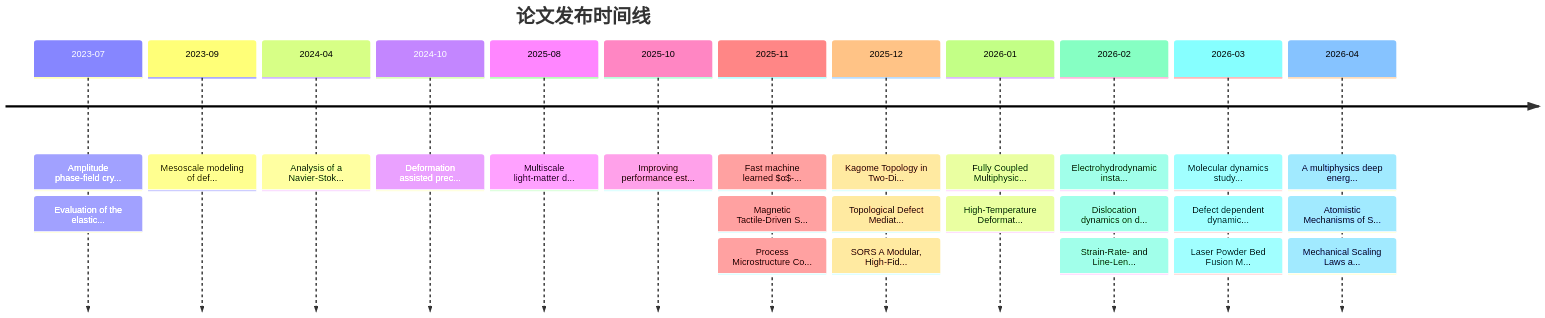
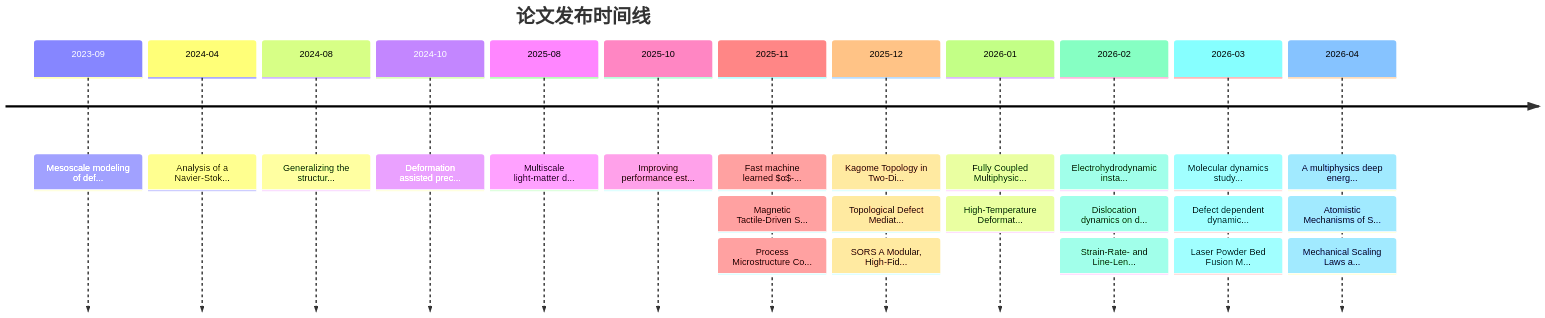
One commit to Shirakawa11111/BJK_readpaper changed the second of 2 diagrams in reports/knowledge_graph.md. Above: the diagram before and after it, drawn with Mermaid. The commit also changed other lines of this file and 11 other files, not shown here.

````diff
--- a/reports/knowledge_graph.md
+++ b/reports/knowledge_graph.md
@@ -119,16 +119,16 @@
 ```mermaid
 timeline
     title 论文发布时间线
-    2023-07 : Amplitude phase-field cry... : Evaluation of the elastic...
     2023-09 : Mesoscale modeling of def...
     2024-04 : Analysis of a Navier-Stok...
+    2024-08 : Generalizing the structur...
     2024-10 : Deformation assisted prec...
     2025-08 : Multiscale light-matter d...
     2025-10 : Improving performance est...
     2025-11 : Fast machine learned $α$-... : Magnetic Tactile-Driven S... : Process Microstructure Co...
     2025-12 : Kagome Topology in Two-Di... : Topological Defect Mediat... : SORS A Modular, High-Fid...
     2026-01 : Fully Coupled Multiphysic... : High-Temperature Deformat...
     2026-02 : Electrohydrodynamic insta... : Dislocation dynamics on d... : Strain-Rate- and Line-Len...
     2026-03 : Molecular dynamics study... : Defect dependent dynamic... : Laser Powder Bed Fusion M...
     2026-04 : A multiphysics deep energ... : Atomistic Mechanisms of S... : Mechanical Scaling Laws a...
 ```
````
